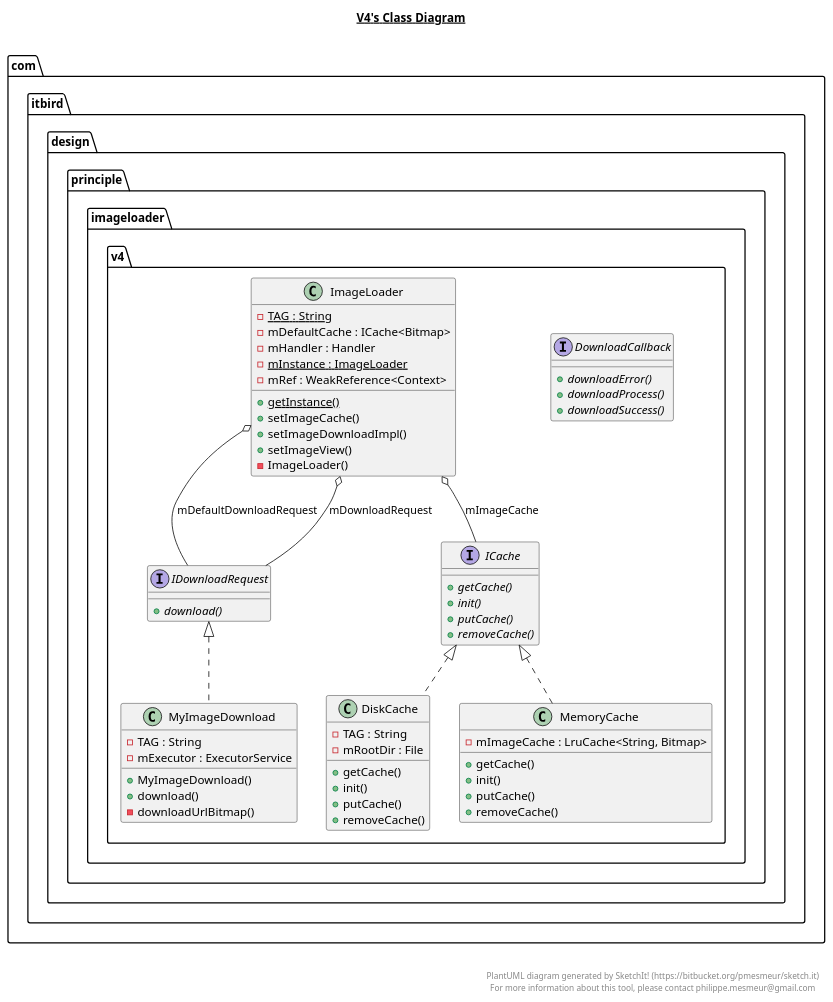
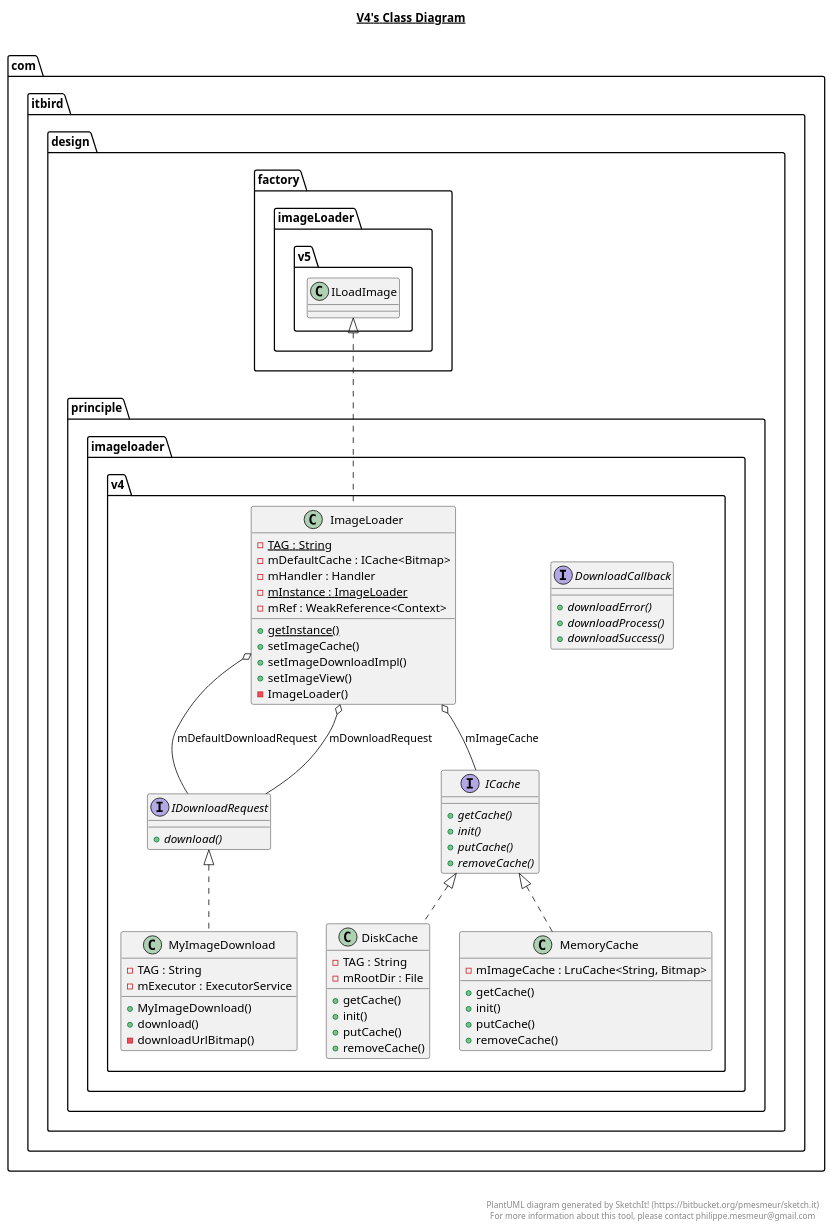
The diagram in app/src/main/java/com/itbird/design/principle/imageloader/v4/v4.plantuml (xfkang/DesignPatternPractice), drawn with PlantUML before and after one commit. The commit also changed 33 other files, not shown here.

```diff
--- a/app/src/main/java/com/itbird/design/principle/imageloader/v4/v4.plantuml
+++ b/app/src/main/java/com/itbird/design/principle/imageloader/v4/v4.plantuml
@@ -1,110 +1,111 @@
 @startuml
 
 title __V4's Class Diagram__\n
 
   namespace com.itbird.design {
     namespace principle.imageloader.v4 {
       class com.itbird.design.principle.imageloader.v4.DiskCache {
           - TAG : String
           - mRootDir : File
           + getCache()
           + init()
           + putCache()
           + removeCache()
       }
     }
   }
   
 
   namespace com.itbird.design {
     namespace principle.imageloader.v4 {
       interface com.itbird.design.principle.imageloader.v4.DownloadCallback {
           {abstract} + downloadError()
           {abstract} + downloadProcess()
           {abstract} + downloadSuccess()
       }
     }
   }
   
 
   namespace com.itbird.design {
     namespace principle.imageloader.v4 {
       interface com.itbird.design.principle.imageloader.v4.ICache {
           {abstract} + getCache()
           {abstract} + init()
           {abstract} + putCache()
           {abstract} + removeCache()
       }
     }
   }
   
 
   namespace com.itbird.design {
     namespace principle.imageloader.v4 {
       interface com.itbird.design.principle.imageloader.v4.IDownloadRequest {
           {abstract} + download()
       }
     }
   }
   
 
   namespace com.itbird.design {
     namespace principle.imageloader.v4 {
       class com.itbird.design.principle.imageloader.v4.ImageLoader {
           {static} - TAG : String
           - mDefaultCache : ICache<Bitmap>
           - mHandler : Handler
           {static} - mInstance : ImageLoader
           - mRef : WeakReference<Context>
           {static} + getInstance()
           + setImageCache()
           + setImageDownloadImpl()
           + setImageView()
           - ImageLoader()
       }
     }
   }
   
 
   namespace com.itbird.design {
     namespace principle.imageloader.v4 {
       class com.itbird.design.principle.imageloader.v4.MemoryCache {
           - mImageCache : LruCache<String, Bitmap>
           + getCache()
           + init()
           + putCache()
           + removeCache()
       }
     }
   }
   
 
   namespace com.itbird.design {
     namespace principle.imageloader.v4 {
       class com.itbird.design.principle.imageloader.v4.MyImageDownload {
           - TAG : String
           - mExecutor : ExecutorService
           + MyImageDownload()
           + download()
           - downloadUrlBitmap()
       }
     }
   }
   
 
   com.itbird.design.principle.imageloader.v4.DiskCache .up.|> com.itbird.design.principle.imageloader.v4.ICache
+  com.itbird.design.principle.imageloader.v4.ImageLoader .up.|> com.itbird.design.factory.imageLoader.v5.ILoadImage
   com.itbird.design.principle.imageloader.v4.ImageLoader o-- com.itbird.design.principle.imageloader.v4.IDownloadRequest : mDefaultDownloadRequest
   com.itbird.design.principle.imageloader.v4.ImageLoader o-- com.itbird.design.principle.imageloader.v4.IDownloadRequest : mDownloadRequest
   com.itbird.design.principle.imageloader.v4.ImageLoader o-- com.itbird.design.principle.imageloader.v4.ICache : mImageCache
   com.itbird.design.principle.imageloader.v4.MemoryCache .up.|> com.itbird.design.principle.imageloader.v4.ICache
   com.itbird.design.principle.imageloader.v4.MyImageDownload .up.|> com.itbird.design.principle.imageloader.v4.IDownloadRequest
 
 
 right footer
 
 
 PlantUML diagram generated by SketchIt! (https://bitbucket.org/pmesmeur/sketch.it)
 For more information about this tool, please contact philippe.mesmeur@gmail.com
 endfooter
 
 @enduml
```
